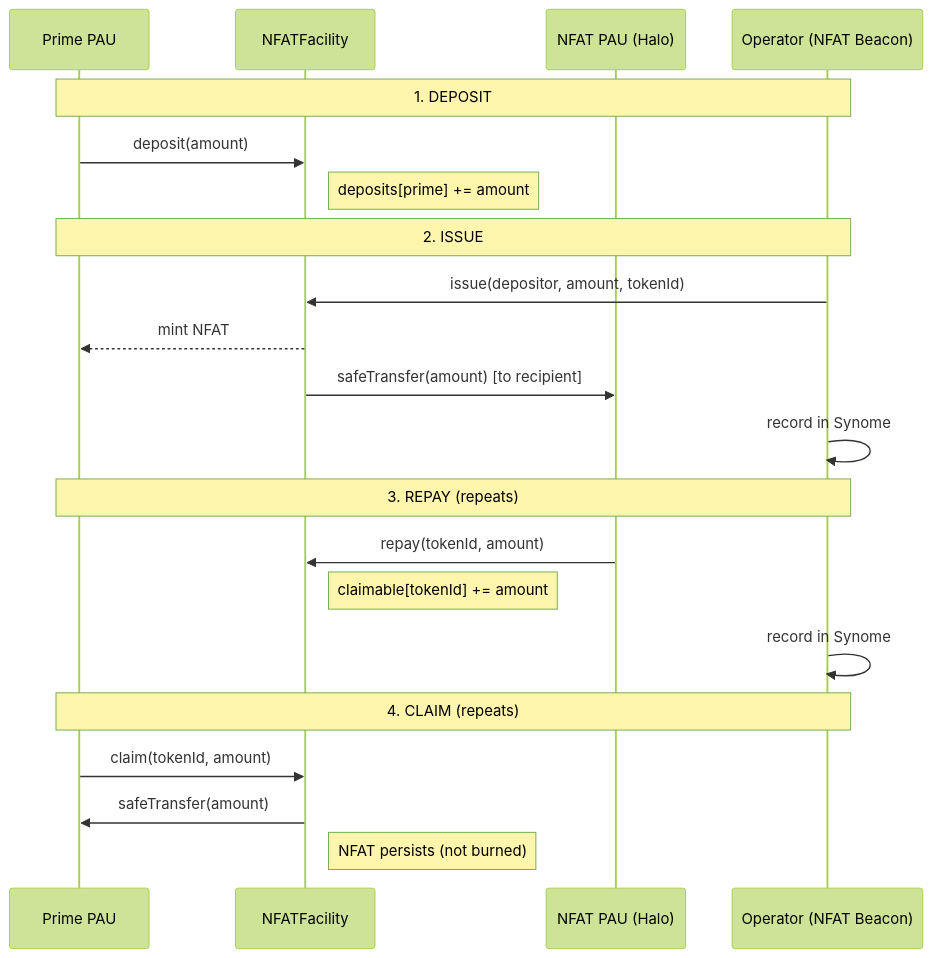
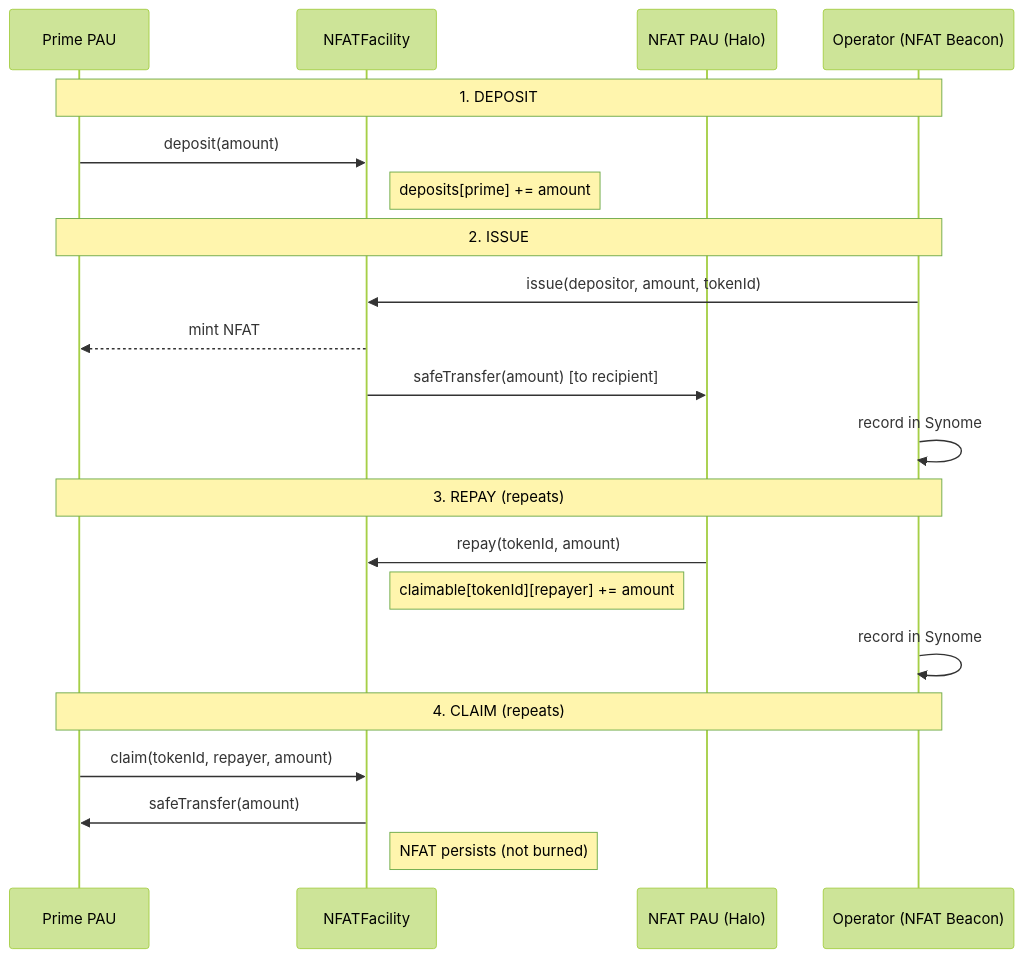
Before and after one commit to archon-research/nfat: the third of 3 diagrams in README.md, drawn with Mermaid (forest theme). The commit also changed other lines of this file, not shown here.

````diff
--- a/README.md
+++ b/README.md
@@ -49,27 +50,27 @@
 ```mermaid
 sequenceDiagram
     participant Prime as Prime PAU
     participant Facility as NFATFacility
     participant NFATPAU as NFAT PAU (Halo)
     participant Beacon as Operator (NFAT Beacon)
 
     Note over Prime,Beacon: 1. DEPOSIT
     Prime->>Facility: deposit(amount)
     Note right of Facility: deposits[prime] += amount
 
     Note over Prime,Beacon: 2. ISSUE
     Beacon->>Facility: issue(depositor, amount, tokenId)
     Facility-->>Prime: mint NFAT
     Facility->>NFATPAU: safeTransfer(amount) [to recipient]
     Beacon->>Beacon: record in Synome
 
     Note over Prime,Beacon: 3. REPAY (repeats)
     NFATPAU->>Facility: repay(tokenId, amount)
-    Note right of Facility: claimable[tokenId] += amount
+    Note right of Facility: claimable[tokenId][repayer] += amount
     Beacon->>Beacon: record in Synome
 
     Note over Prime,Beacon: 4. CLAIM (repeats)
-    Prime->>Facility: claim(tokenId, amount)
+    Prime->>Facility: claim(tokenId, repayer, amount)
     Facility->>Prime: safeTransfer(amount)
     Note right of Facility: NFAT persists (not burned)
 ```
````
